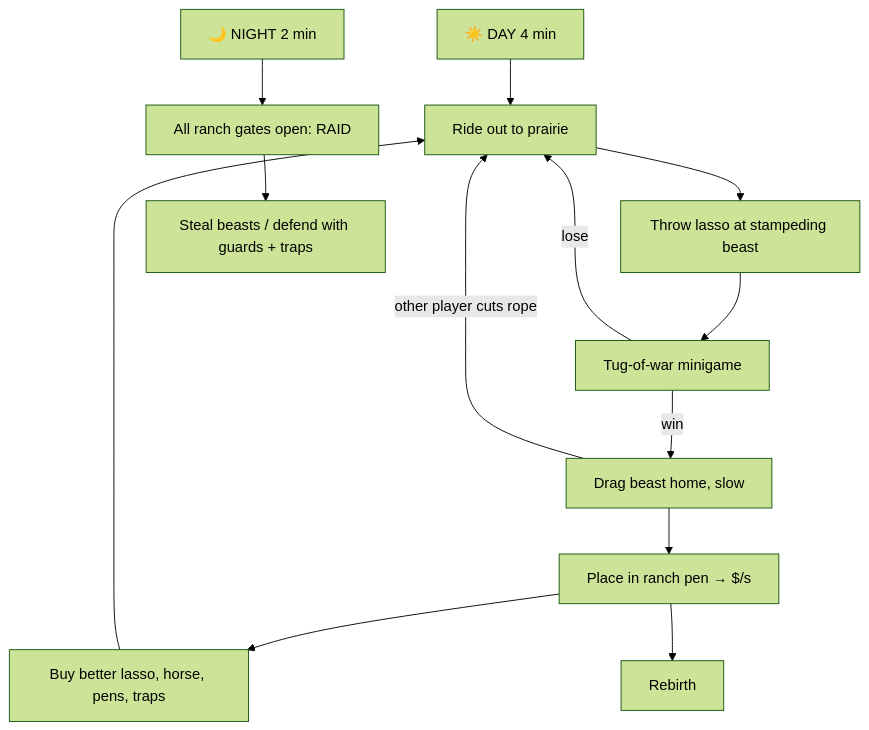
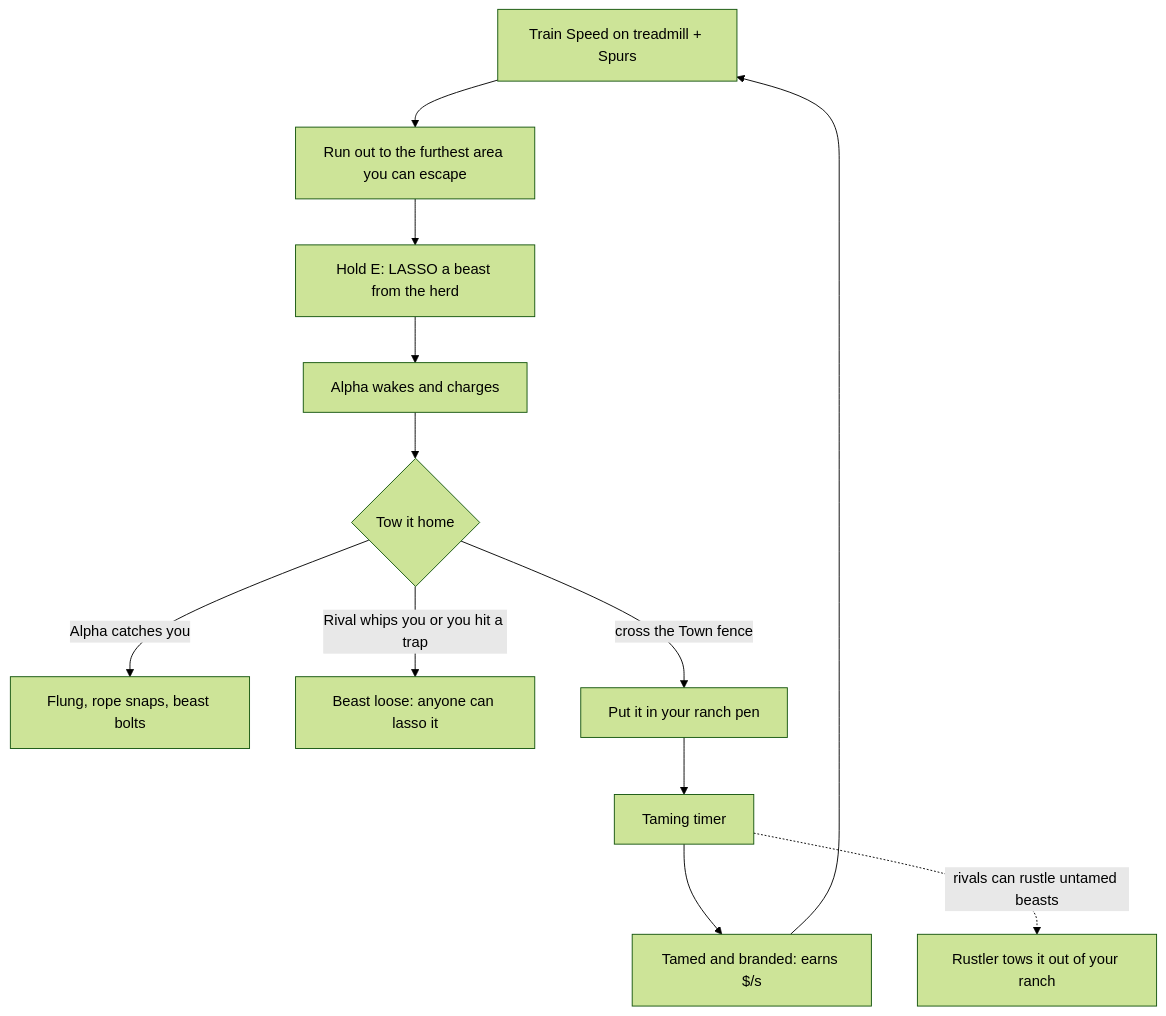
Before and after one commit to ashtonzack321-rgb/code: the second of 2 diagrams in Roblox Research/My Game/Core Loop.md, drawn with Mermaid (forest theme). The commit also changed other lines of this file and 7 other files, not shown here.

First line of the commit message:
Redesign Steal a Beast (v2) around Steal An Egg's area lane

````diff
--- a/Roblox Research/My Game/Core Loop.md
+++ b/Roblox Research/My Game/Core Loop.md
@@ -6,15 +13,14 @@
 ```mermaid
 graph TD
-  D[☀️ DAY 4 min] --> A[Ride out to prairie]
-  A --> B[Throw lasso at stampeding beast]
-  B --> C[Tug-of-war minigame]
-  C -->|win| E[Drag beast home, slow]
-  C -->|lose| A
-  E -->|other player cuts rope| A
-  E --> F[Place in ranch pen → $/s]
-  F --> G[Buy better lasso, horse, pens, traps]
-  G --> A
-  N[🌙 NIGHT 2 min] --> R[All ranch gates open: RAID]
-  R --> S[Steal beasts / defend with guards + traps]
-  F --> RB[Rebirth]
+  S[Train Speed on treadmill + Spurs] --> R[Run out to the furthest area you can escape]
+  R --> L[Hold E: LASSO a beast from the herd]
+  L --> W[Alpha wakes and charges]
+  W --> E{Tow it home}
+  E -->|Alpha catches you| X[Flung, rope snaps, beast bolts]
+  E -->|Rival whips you or you hit a trap| D[Beast loose: anyone can lasso it]
+  E -->|cross the Town fence| P[Put it in your ranch pen]
+  P --> TM[Taming timer]
+  TM --> $[Tamed and branded: earns $/s]
+  $ --> S
+  TM -.rivals can rustle untamed beasts.-> RU[Rustler tows it out of your ranch]
 ```
````
